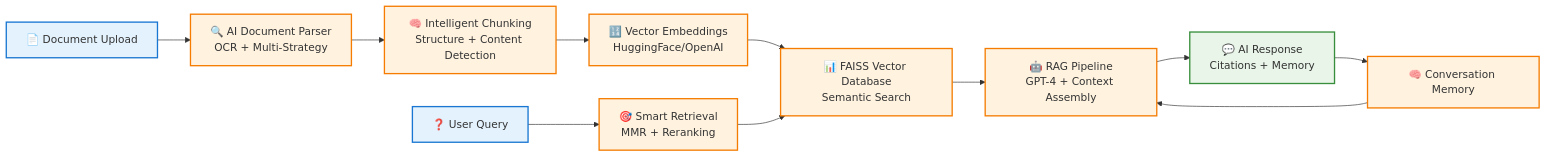
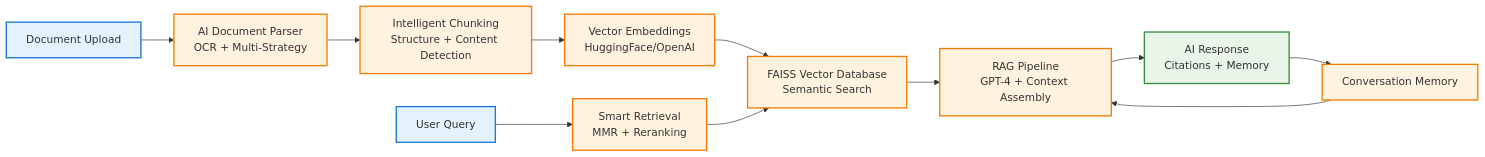
The diagram in presentation.md (Duncanyu/anagnosis), drawn with Mermaid before and after one commit.

````diff
--- a/presentation.md
+++ b/presentation.md
@@ -8,23 +8,23 @@
 ```mermaid
 graph LR
-    A[📄 Document Upload] --> B[🔍 AI Document Parser<br/>OCR + Multi-Strategy]
-    B --> C[🧠 Intelligent Chunking<br/>Structure + Content Detection]
-    C --> D[🔢 Vector Embeddings<br/>HuggingFace/OpenAI]
-    D --> E[📊 FAISS Vector Database<br/>Semantic Search]
+    A[Document Upload] --> B[AI Document Parser<br/>OCR + Multi-Strategy]
+    B --> C[Intelligent Chunking<br/>Structure + Content Detection]
+    C --> D[Vector Embeddings<br/>HuggingFace/OpenAI]
+    D --> E[FAISS Vector Database<br/>Semantic Search]
     
-    F[❓ User Query] --> G[🎯 Smart Retrieval<br/>MMR + Reranking]
+    F[User Query] --> G[Smart Retrieval<br/>MMR + Reranking]
     G --> E
-    E --> H[🤖 RAG Pipeline<br/>GPT-4 + Context Assembly]
-    H --> I[💬 AI Response<br/>Citations + Memory]
+    E --> H[RAG Pipeline<br/>GPT-4 + Context Assembly]
+    H --> I[AI Response<br/>Citations + Memory]
     
-    J[🧠 Conversation Memory] --> H
+    J[Conversation Memory] --> H
     I --> J
     
     classDef input fill:#e3f2fd,stroke:#1976d2,stroke-width:2px
     classDef ai fill:#fff3e0,stroke:#f57c00,stroke-width:2px
     classDef output fill:#e8f5e8,stroke:#388e3c,stroke-width:2px
     
     class A,F input
     class B,C,D,E,G,H,J ai
     class I output
 ```
````
